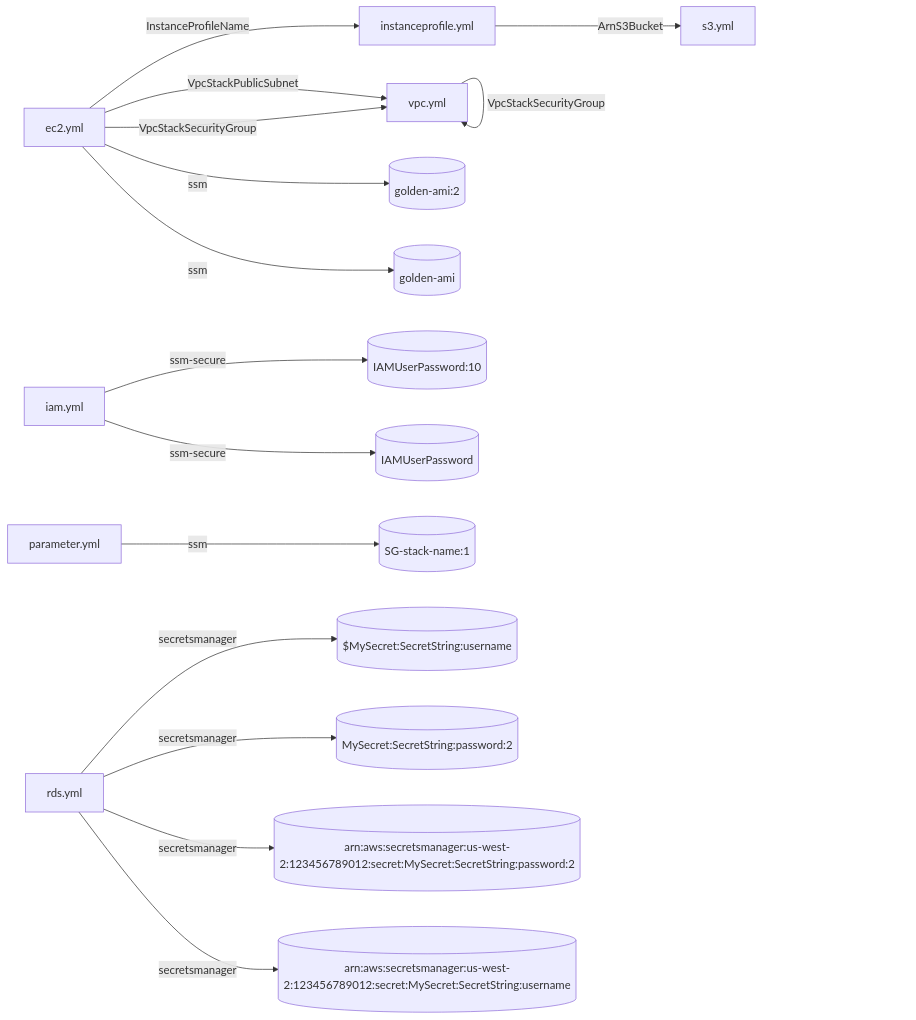
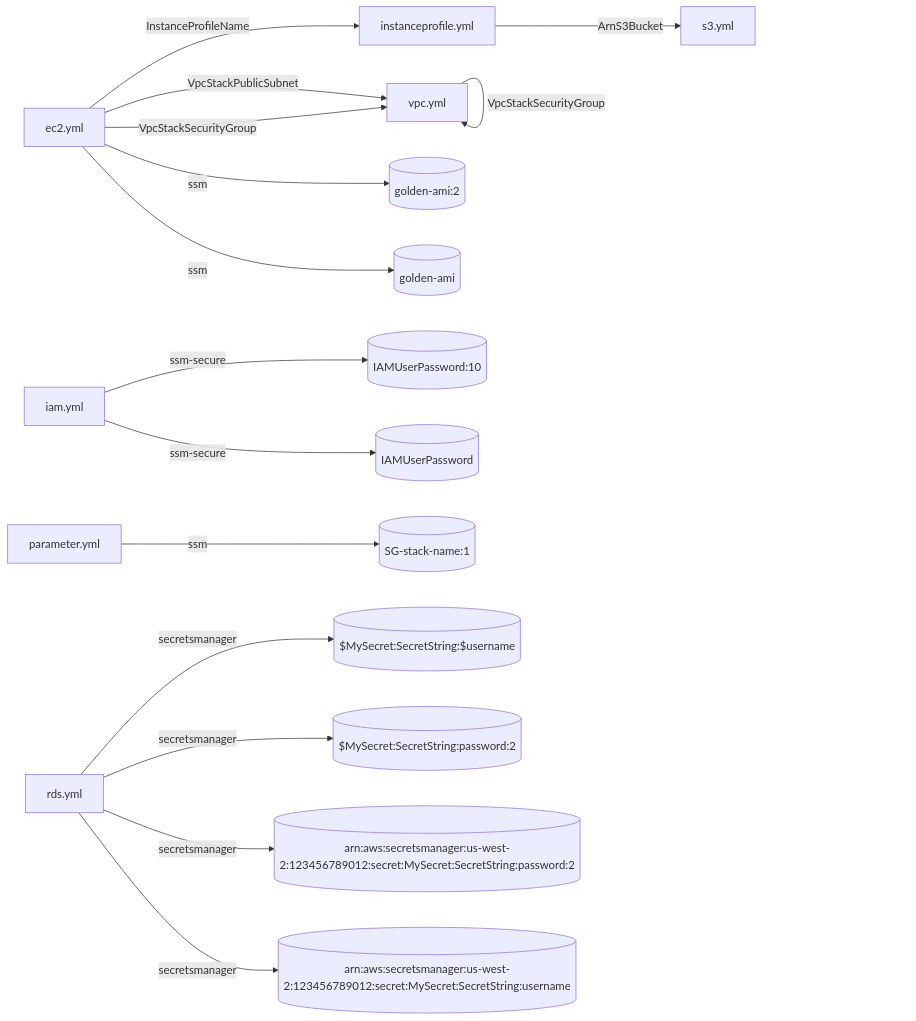
Before and after one commit to jay34986/cfn-template-dependency-visualization: the diagram in examples/yml/result.md, drawn with Mermaid. The commit also changed 5 other files, not shown here.

````diff
--- a/examples/yml/result.md
+++ b/examples/yml/result.md
@@ -3,18 +3,18 @@
 ```mermaid
 graph LR
     ec2.yml-->|InstanceProfileName|instanceprofile.yml
     ec2.yml-->|VpcStackPublicSubnet|vpc.yml
     ec2.yml-->|VpcStackSecurityGroup|vpc.yml
     ec2.yml-->|ssm|golden-ami:2[(golden-ami:2)]
     ec2.yml-->|ssm|golden-ami[(golden-ami)]
     iam.yml-->|ssm-secure|IAMUserPassword:10[(IAMUserPassword:10)]
     iam.yml-->|ssm-secure|IAMUserPassword[(IAMUserPassword)]
     instanceprofile.yml-->|ArnS3Bucket|s3.yml
     parameter.yml-->|ssm|SG-stack-name:1[(SG-stack-name:1)]
-    rds.yml-->|secretsmanager|$MySecret:SecretString:username[($MySecret:SecretString:username)]
-    rds.yml-->|secretsmanager|MySecret:SecretString:password:2[(MySecret:SecretString:password:2)]
+    rds.yml-->|secretsmanager|$MySecret:SecretString:$username[($MySecret:SecretString:$username)]
+    rds.yml-->|secretsmanager|$MySecret:SecretString:password:2[($MySecret:SecretString:password:2)]
     rds.yml-->|secretsmanager|arn:aws:secretsmanager:us-west-2:123456789012:secret:MySecret:SecretString:password:2[(arn:aws:secretsmanager:us-west-2:123456789012:secret:MySecret:SecretString:password:2)]
     rds.yml-->|secretsmanager|arn:aws:secretsmanager:us-west-2:123456789012:secret:MySecret:SecretString:username[(arn:aws:secretsmanager:us-west-2:123456789012:secret:MySecret:SecretString:username)]
     vpc.yml-->|VpcStackPublicSubnet|vpc.yml
     vpc.yml-->|VpcStackSecurityGroup|vpc.yml
 ```
````
